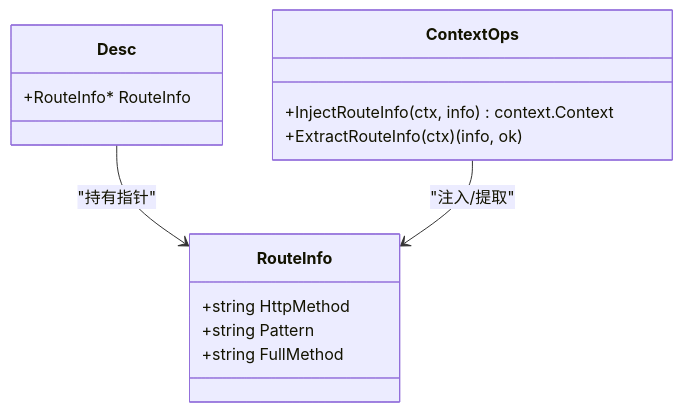
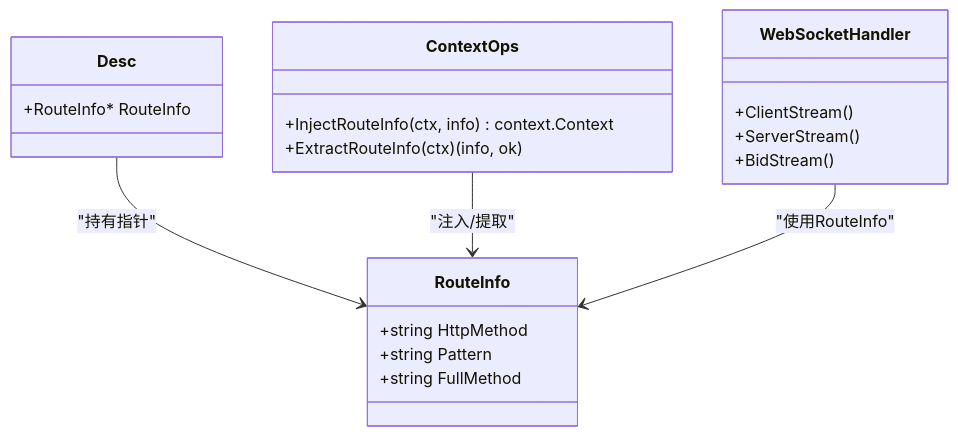
The third of 10 diagrams in .agents/repowiki/zh/content/HTTP 服务器框架/路由管理和处理.md (soyacen/goose), drawn with Mermaid before and after one commit. The commit also changed other lines of this file and 3 other files, not shown here.

````diff
--- a/.agents/repowiki/zh/content/HTTP 服务器框架/路由管理和处理.md
+++ b/.agents/repowiki/zh/content/HTTP 服务器框架/路由管理和处理.md
@@ -154,17 +189,23 @@
 ```mermaid
 classDiagram
 class RouteInfo {
 +string HttpMethod
 +string Pattern
 +string FullMethod
 }
 class Desc {
 +RouteInfo* RouteInfo
 }
 class ContextOps {
 +InjectRouteInfo(ctx, info) context.Context
 +ExtractRouteInfo(ctx) (info, ok)
 }
+class WebSocketHandler {
++ClientStream()
++ServerStream()
++BidStream()
+}
 Desc --> RouteInfo : "持有指针"
 ContextOps --> RouteInfo : "注入/提取"
+WebSocketHandler --> RouteInfo : "使用RouteInfo"
 ```
````
